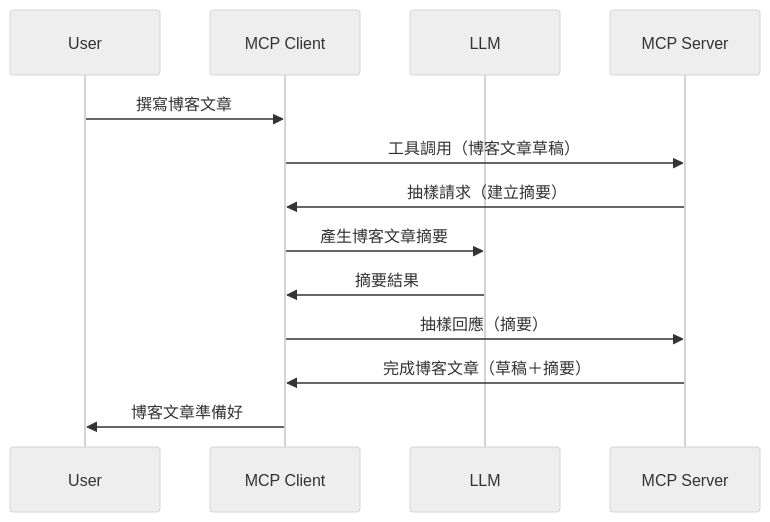
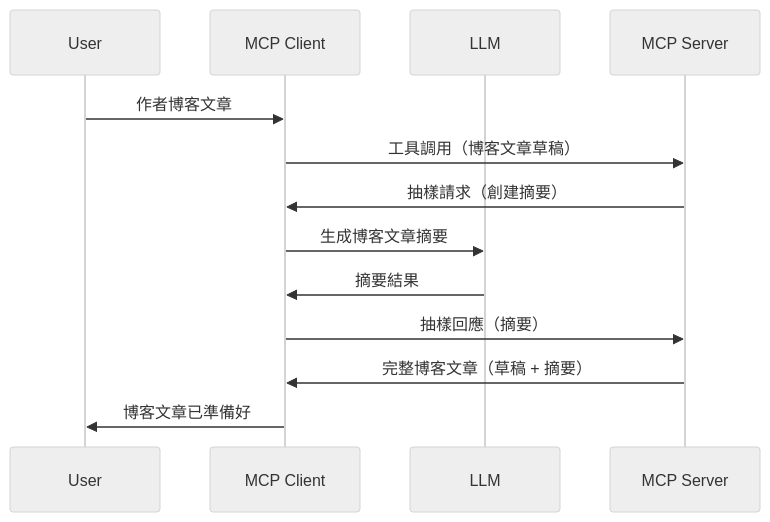
One commit to HIDORAKAI002/ai-workspace-archive changed the diagram in mcp_ecosystem__model_context_protocol/mcp_learning_resources/mcp-for-beginners/translations/zh-MO/03-GettingStarted/14-sampling/README.md. Above: the diagram before and after it, drawn with Mermaid (neutral theme). The commit also changed other lines of this file and 1046 other files, not shown here.

````diff
--- a/mcp_ecosystem__model_context_protocol/mcp_learning_resources/mcp-for-beginners/translations/zh-MO/03-GettingStarted/14-sampling/README.md
+++ b/mcp_ecosystem__model_context_protocol/mcp_learning_resources/mcp-for-beginners/translations/zh-MO/03-GettingStarted/14-sampling/README.md
@@ -23,16 +25,16 @@
 ```mermaid
 sequenceDiagram
     participant User
     participant MCP Client
     participant LLM
     participant MCP Server
 
-    User->>MCP Client: 撰寫博客文章
+    User->>MCP Client: 作者博客文章
     MCP Client->>MCP Server: 工具調用（博客文章草稿）
-    MCP Server->>MCP Client: 抽樣請求（建立摘要）
-    MCP Client->>LLM: 產生博客文章摘要
+    MCP Server->>MCP Client: 抽樣請求（創建摘要）
+    MCP Client->>LLM: 生成博客文章摘要
     LLM->>MCP Client: 摘要結果
     MCP Client->>MCP Server: 抽樣回應（摘要）
-    MCP Server->>MCP Client: 完成博客文章（草稿＋摘要）
-    MCP Client->>User: 博客文章準備好
+    MCP Server->>MCP Client: 完整博客文章（草稿 + 摘要）
+    MCP Client->>User: 博客文章已準備好
 ```
````
